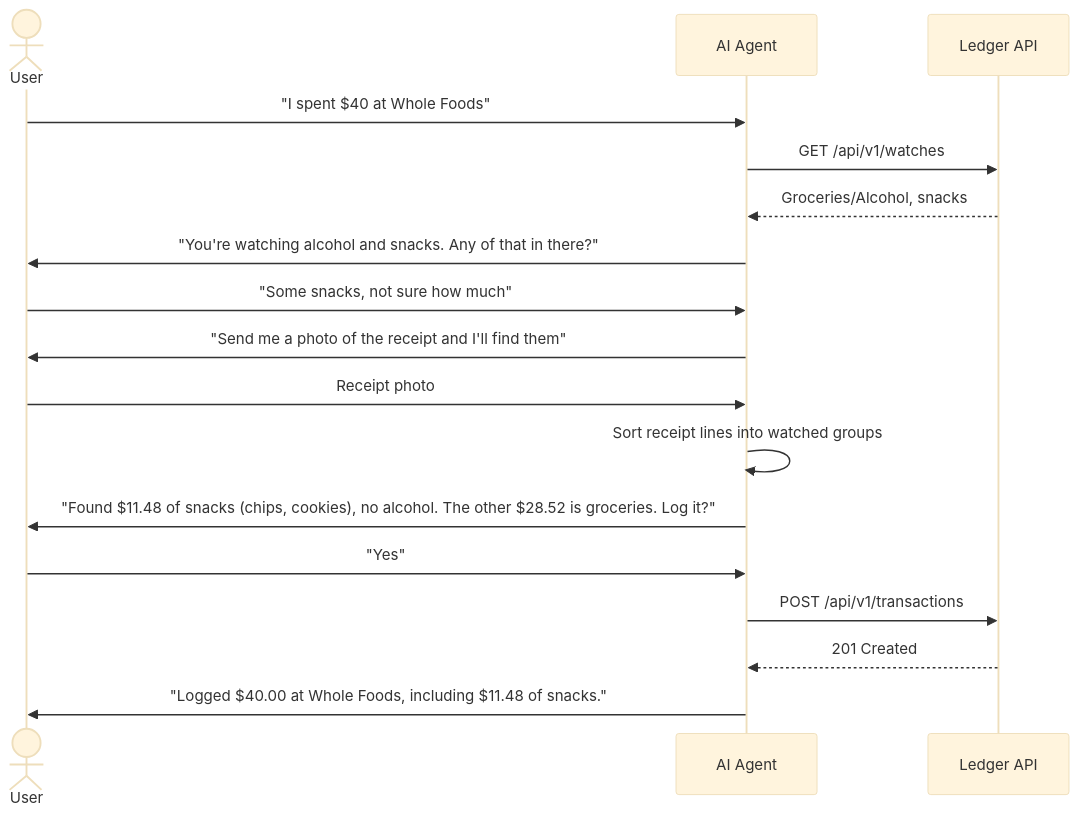
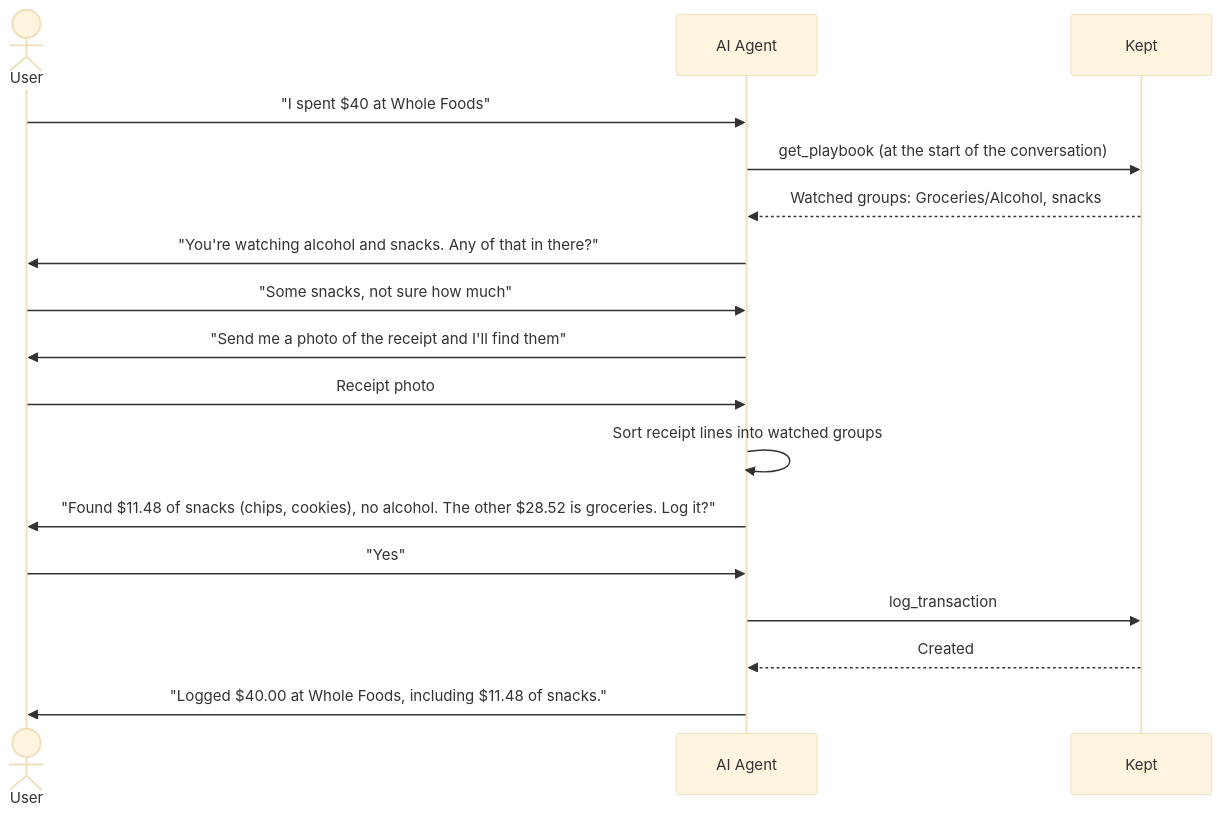
The second of 3 diagrams in docs/VISION.md (np25071984/kept), drawn with Mermaid (base theme) before and after one commit. The commit also changed other lines of this file and 5 other files, not shown here.

````diff
--- a/docs/VISION.md
+++ b/docs/VISION.md
@@ -203,20 +203,20 @@
 ```mermaid
 sequenceDiagram
     actor User
     participant AI as AI Agent
-    participant API as Ledger API
+    participant K as Kept
 
     User->>AI: "I spent $40 at Whole Foods"
-    AI->>API: GET /api/v1/watches
-    API-->>AI: Groceries/Alcohol, snacks
+    AI->>K: get_playbook (at the start of the conversation)
+    K-->>AI: Watched groups: Groceries/Alcohol, snacks
     AI->>User: "You're watching alcohol and snacks. Any of that in there?"
     User->>AI: "Some snacks, not sure how much"
     AI->>User: "Send me a photo of the receipt and I'll find them"
     User->>AI: Receipt photo
     AI->>AI: Sort receipt lines into watched groups
     AI->>User: "Found $11.48 of snacks (chips, cookies), no alcohol. The other $28.52 is groceries. Log it?"
     User->>AI: "Yes"
-    AI->>API: POST /api/v1/transactions
-    API-->>AI: 201 Created
+    AI->>K: log_transaction
+    K-->>AI: Created
     AI->>User: "Logged $40.00 at Whole Foods, including $11.48 of snacks."
 ```
````
